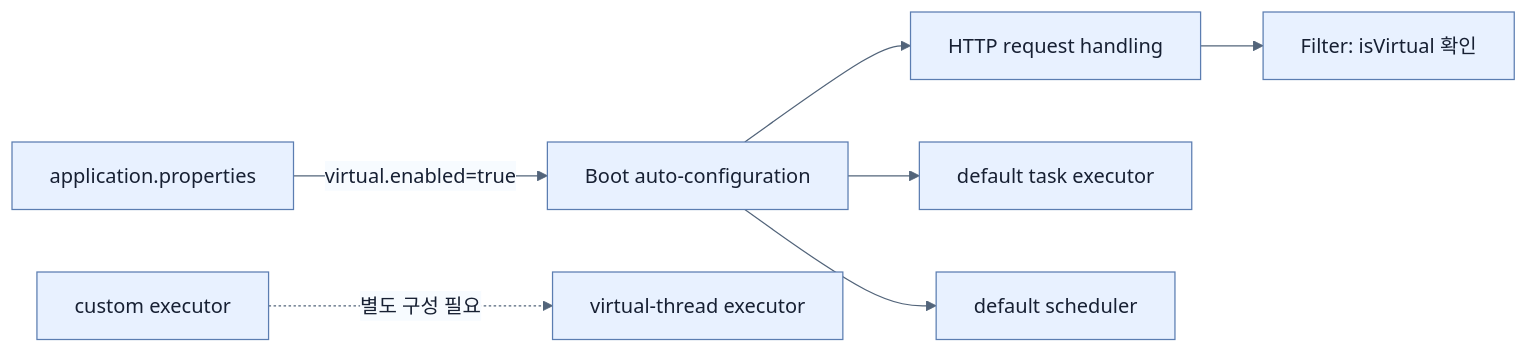
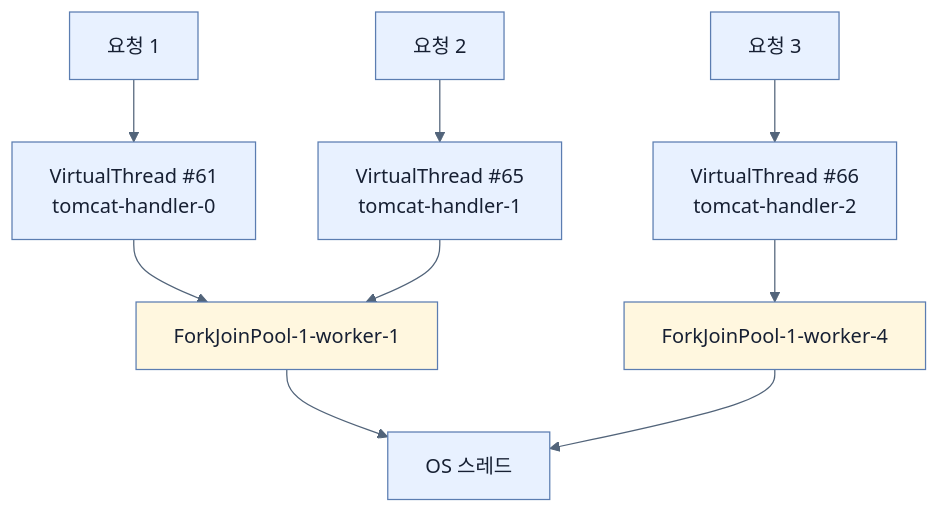
Before and after one commit to sing-u8/Learning_Spring_Boot_4: the diagram in spring-boot-4-pdf-notes/part-4-scaling-an-application-with-spring-boot/chapter-11-virtual-threads-in-java-and-spring-boot/02-using-virtual-threads-in-a-spring-boot-application.md, drawn with Mermaid. The commit also changed other lines of this file and 253 other files, not shown here.

````diff
--- a/spring-boot-4-pdf-notes/part-4-scaling-an-application-with-spring-boot/chapter-11-virtual-threads-in-java-and-spring-boot/02-using-virtual-threads-in-a-spring-boot-application.md
+++ b/spring-boot-4-pdf-notes/part-4-scaling-an-application-with-spring-boot/chapter-11-virtual-threads-in-java-and-spring-boot/02-using-virtual-threads-in-a-spring-boot-application.md
@@ -39,10 +214,14 @@
 ```mermaid
 %%{init: {'theme': 'base', 'themeVariables': {'background': '#ffffff', 'primaryColor': '#e8f1ff', 'primaryTextColor': '#172033', 'primaryBorderColor': '#5b7db1', 'lineColor': '#52647a', 'secondaryColor': '#f7fbff', 'tertiaryColor': '#fff7df'}}}%%
-flowchart LR
-    P[application.properties] -->|virtual.enabled=true| A[Boot auto-configuration]
-    A --> W[HTTP request handling]
-    A --> E[default task executor]
-    A --> S[default scheduler]
-    C[custom executor] -. 별도 구성 필요 .-> V[virtual-thread executor]
-    W --> F[Filter: isVirtual 확인]
+flowchart TD
+    R1["요청 1"] --> V1["VirtualThread #61<br/>tomcat-handler-0"]
+    R2["요청 2"] --> V2["VirtualThread #65<br/>tomcat-handler-1"]
+    R3["요청 3"] --> V3["VirtualThread #66<br/>tomcat-handler-2"]
+    V1 --> W1["ForkJoinPool-1-worker-1"]
+    V2 --> W1
+    V3 --> W4["ForkJoinPool-1-worker-4"]
+    W1 --> OS["OS 스레드"]
+    W4 --> OS
+    style W1 fill:#fff7df
+    style W4 fill:#fff7df
 ```
````
